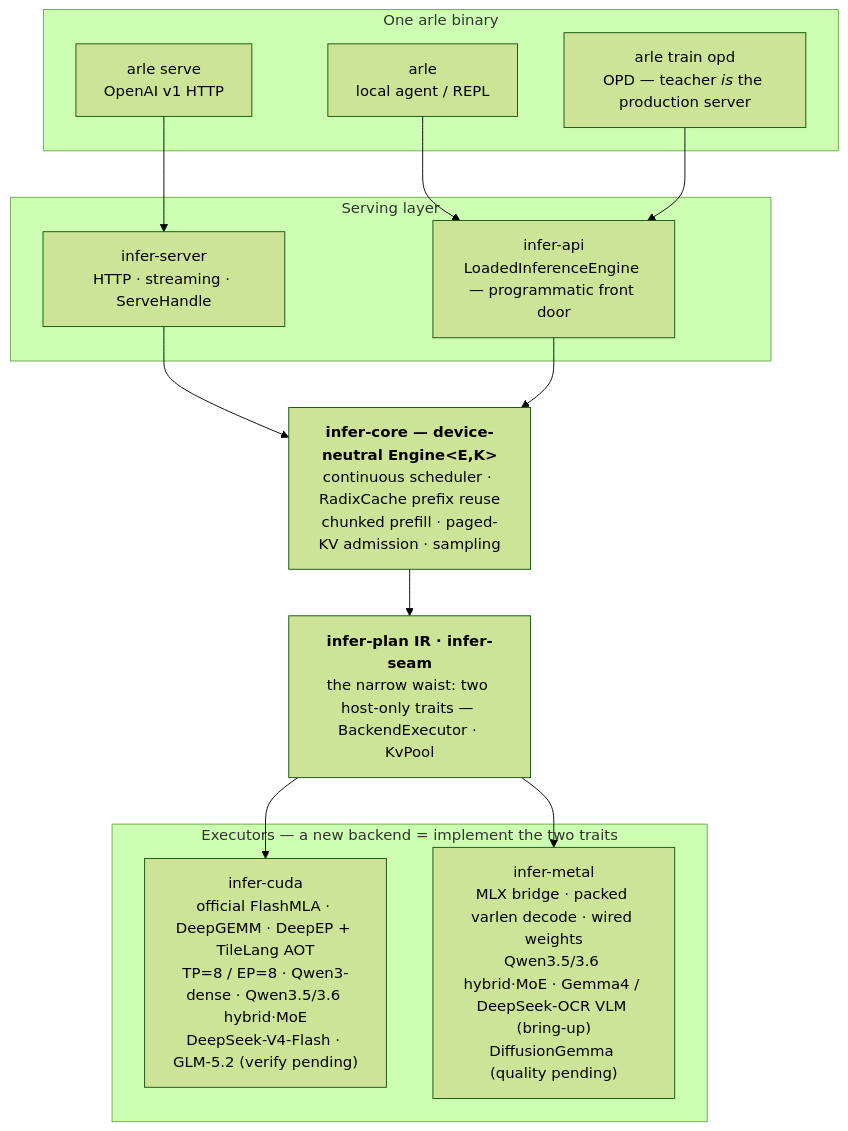
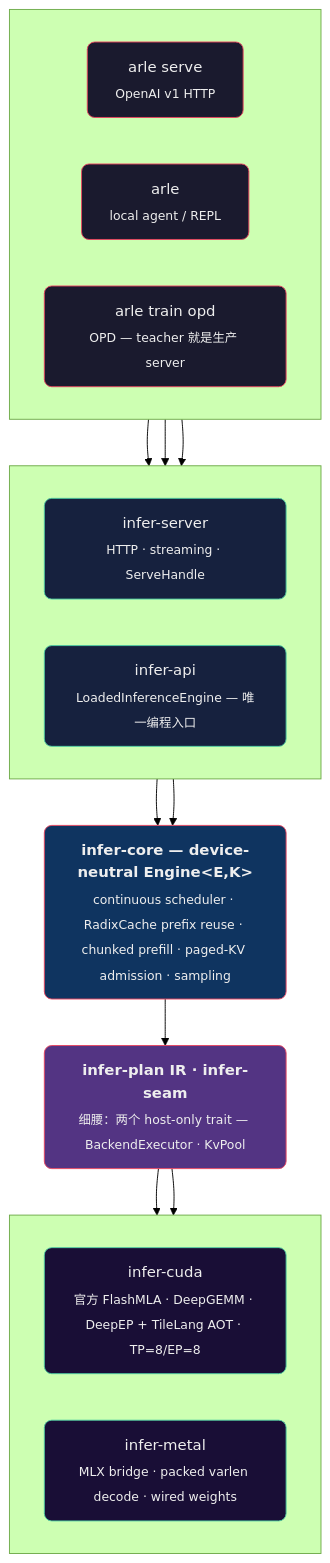
The diagram in README.zh-CN.md (acupof-ai/arle), drawn with Mermaid (forest theme) before and after one commit. The commit also changed other lines of this file and 6 other files, not shown here.

First line of the commit message:
docs: tidy onboarding/install/troubleshooting + redesign README architecture diagrams

````diff
--- a/README.zh-CN.md
+++ b/README.zh-CN.md
@@ -119,31 +119,46 @@
 ```mermaid
 flowchart TB
-  subgraph Surfaces["One arle binary"]
-    Serve["arle serve<br/>OpenAI v1 HTTP"]
-    Agent["arle<br/>local agent / REPL"]
-    Train["arle train opd<br/>OPD — teacher <i>is</i> the production server"]
+  classDef entry fill:#1a1a2e,stroke:#e94560,color:#eee,rx:8,ry:8
+  classDef serve fill:#16213e,stroke:#4ecca3,color:#eee,rx:8,ry:8
+  classDef core fill:#0f3460,stroke:#e94560,color:#eee,rx:8,ry:8
+  classDef seam fill:#533483,stroke:#e94560,color:#eee,rx:8,ry:8
+  classDef exec fill:#190e36,stroke:#4ecca3,color:#eee,rx:8,ry:8
+
+  subgraph Surfaces[" "]
+    direction LR
+    Serve["arle serve<br/><sub>OpenAI v1 HTTP</sub>"]
+    Agent["arle<br/><sub>local agent / REPL</sub>"]
+    Train["arle train opd<br/><sub>OPD — teacher 就是生产 server</sub>"]
   end
 
-  subgraph Serving["Serving layer"]
-    Server["infer-server<br/>HTTP · streaming · ServeHandle"]
-    API["infer-api<br/>LoadedInferenceEngine — programmatic front door"]
+  subgraph Serving[" "]
+    direction LR
+    Server["infer-server<br/><sub>HTTP · streaming · ServeHandle</sub>"]
+    API["infer-api<br/><sub>LoadedInferenceEngine — 唯一编程入口</sub>"]
   end
 
-  Core["<b>infer-core — device-neutral Engine&lt;E,K&gt;</b><br/>continuous scheduler · RadixCache prefix reuse<br/>chunked prefill · paged-KV admission · sampling"]
+  Core["<b>infer-core — device-neutral Engine&lt;E,K&gt;</b><br/><sub>continuous scheduler · RadixCache prefix reuse · chunked prefill · paged-KV admission · sampling</sub>"]
 
-  Seam["<b>infer-plan IR · infer-seam</b><br/>the narrow waist: two host-only traits — BackendExecutor · KvPool"]
+  Seam["<b>infer-plan IR · infer-seam</b><br/><sub>细腰：两个 host-only trait — BackendExecutor · KvPool</sub>"]
 
-  subgraph Exec["Executors — a new backend = implement the two traits"]
-    CUDA["infer-cuda<br/>official FlashMLA · DeepGEMM · DeepEP + TileLang AOT<br/>TP=8 / EP=8 · Qwen3-dense · Qwen3.5/3.6 hybrid·MoE<br/>DeepSeek-V4-Flash · GLM-5.2 (verify pending)"]
-    Metal["infer-metal<br/>MLX bridge · packed varlen decode · wired weights<br/>Qwen3.5/3.6 hybrid·MoE · Gemma4 / DeepSeek-OCR VLM (bring-up)<br/>DiffusionGemma (quality pending)"]
+  subgraph Exec[" "]
+    direction LR
+    CUDA["infer-cuda<br/><sub>官方 FlashMLA · DeepGEMM · DeepEP + TileLang AOT · TP=8/EP=8</sub>"]
+    Metal["infer-metal<br/><sub>MLX bridge · packed varlen decode · wired weights</sub>"]
   end
 
   Serve --> Server
   Agent --> API
   Train --> API
   Server --> Core
   API --> Core
   Core --> Seam
   Seam --> CUDA
   Seam --> Metal
+
+  class Serve,Agent,Train entry
+  class Server,API serve
+  class Core core
+  class Seam seam
+  class CUDA,Metal exec
 ```
````
